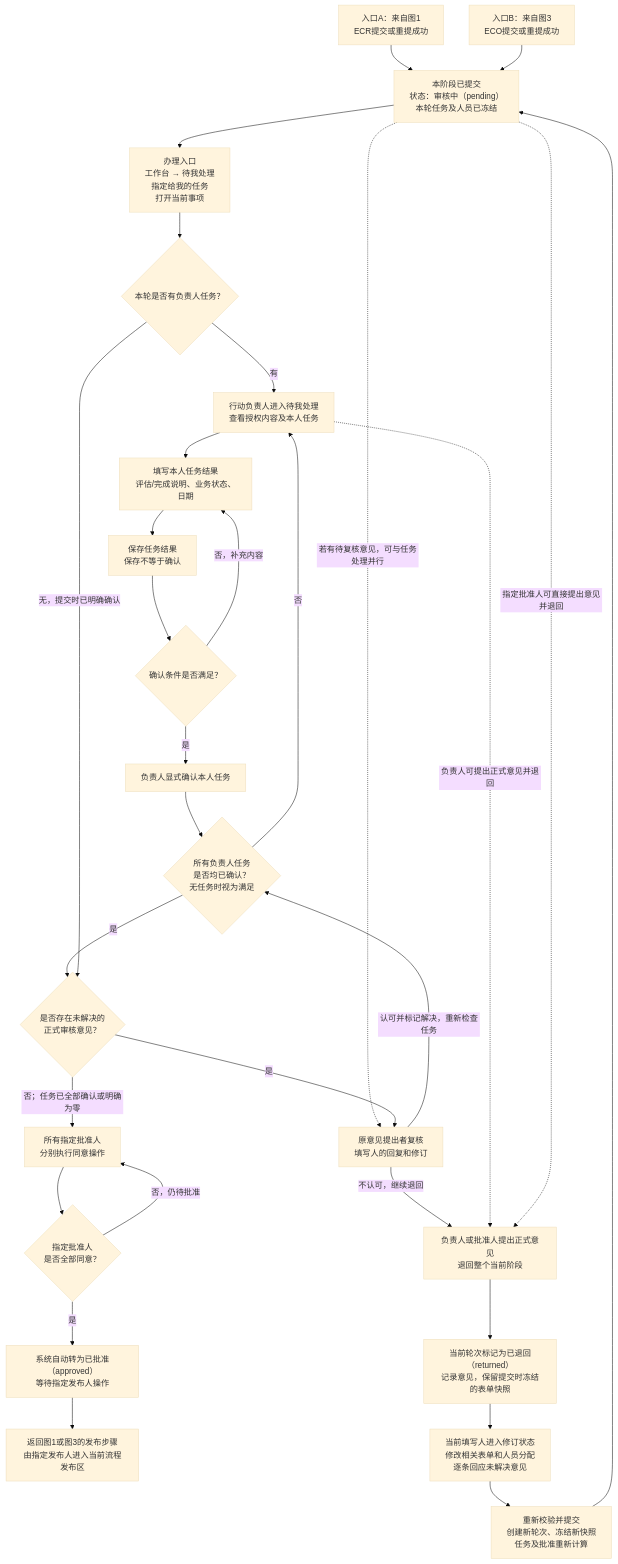
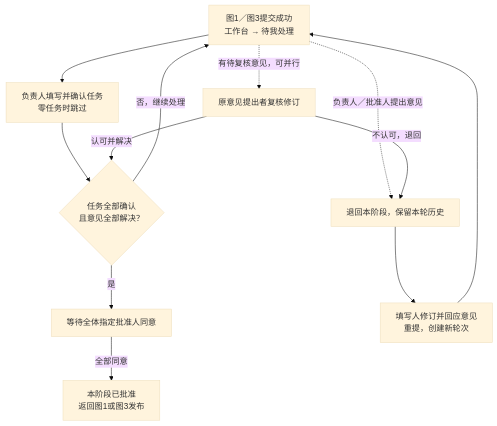
Before and after one commit to jack1415926/form-filling-system: the diagram in docs/design/requirements-review/flows/flow-02.mmd, drawn with Mermaid (base theme). The commit also changed 111 other files, not shown here.

```diff
--- a/docs/design/requirements-review/flows/flow-02.mmd
+++ b/docs/design/requirements-review/flows/flow-02.mmd
@@ -1,30 +1,12 @@
 flowchart TD
-    ENTRY_ECR["入口A：来自图1<br/>ECR提交或重提成功"] --> A
-    ENTRY_ECO["入口B：来自图3<br/>ECO提交或重提成功"] --> A
-    A["本阶段已提交<br/>状态：审核中（pending）<br/>本轮任务及人员已冻结"] --> UI["办理入口<br/>工作台 → 待我处理<br/>指定给我的任务<br/>打开当前事项"]
-    UI --> B{"本轮是否有负责人任务？"}
-    B -->|"有"| C["行动负责人进入待我处理<br/>查看授权内容及本人任务"]
-    C --> D["填写本人任务结果<br/>评估/完成说明、业务状态、日期"]
-    D --> E["保存任务结果<br/>保存不等于确认"]
-    E --> F{"确认条件是否满足？"}
-    F -->|"否，补充内容"| D
-    F -->|"是"| G["负责人显式确认本人任务"]
-    G --> H{"所有负责人任务<br/>是否均已确认？<br/>无任务时视为满足"}
-    H -->|"否"| C
-    H -->|"是"| I{"是否存在未解决的<br/>正式审核意见？"}
-    B -->|"无，提交时已明确确认"| I
-    A -.->|"若有待复核意见，可与任务处理并行"| J["原意见提出者复核<br/>填写人的回复和修订"]
-    I -->|"是"| J
-    J -->|"认可并标记解决，重新检查任务"| H
-    J -->|"不认可，继续退回"| N
-    I -->|"否；任务已全部确认或明确为零"| K["所有指定批准人<br/>分别执行同意操作"]
-    K --> L{"指定批准人<br/>是否全部同意？"}
-    L -->|"否，仍待批准"| K
-    L -->|"是"| M["系统自动转为已批准（approved）<br/>等待指定发布人操作"]
-    M --> EXIT["返回图1或图3的发布步骤<br/>由指定发布人进入当前流程发布区"]
-    C -.->|"负责人可提出正式意见并退回"| N["负责人或批准人提出正式意见<br/>退回整个当前阶段"]
-    A -.->|"指定批准人可直接提出意见并退回"| N
-    N --> O["当前轮次标记为已退回（returned）<br/>记录意见，保留提交时冻结的表单快照"]
-    O --> P["当前填写人进入修订状态<br/>修改相关表单和人员分配<br/>逐条回应未解决意见"]
-    P --> Q["重新校验并提交<br/>创建新轮次、冻结新快照<br/>任务及批准重新计算"]
-    Q --> A
+    A["图1／图3提交成功<br/>工作台 → 待我处理"] --> B["负责人填写并确认任务<br/>零任务时跳过"]
+    A -.->|"有待复核意见，可并行"| C["原意见提出者复核修订"]
+    B --> D{"任务全部确认<br/>且意见全部解决？"}
+    C -->|"认可并解决"| D
+    D -->|"否，继续处理"| A
+    D -->|"是"| E["等待全体指定批准人同意"]
+    E -->|"全部同意"| G["本阶段已批准<br/>返回图1或图3发布"]
+    A -.->|"负责人／批准人提出意见"| H["退回本阶段，保留本轮历史"]
+    C -->|"不认可，退回"| H
+    H --> I["填写人修订并回应意见<br/>重提，创建新轮次"]
+    I --> A
```
